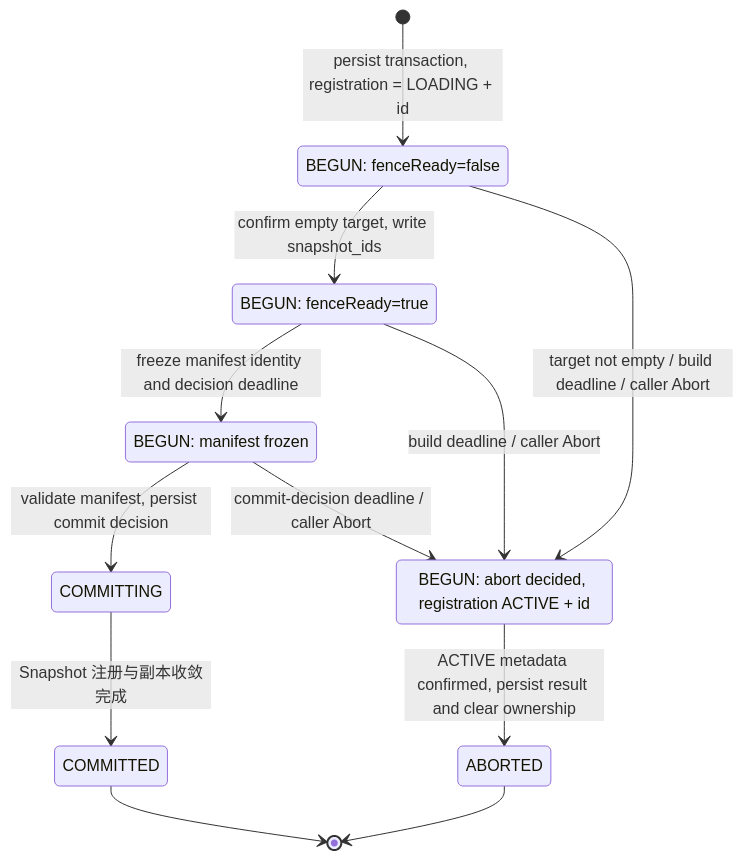
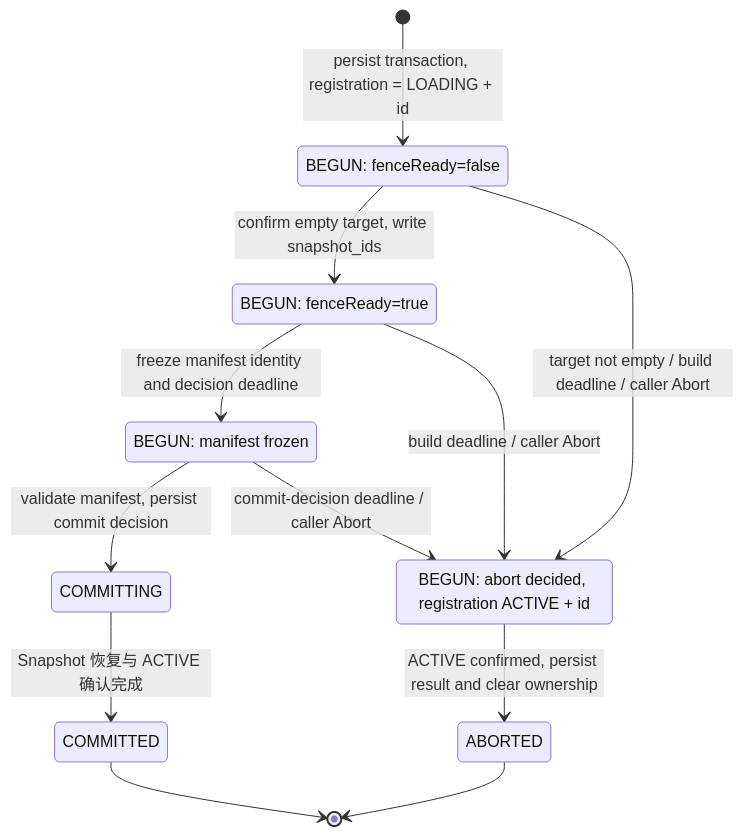
Before and after one commit to platinumhamburg/fluss: the fourth of 4 diagrams in docs/design/primary-key-table-bulk-load-design.md, drawn with Mermaid. The commit also changed other lines of this file and 24 other files, not shown here.

````diff
--- a/docs/design/primary-key-table-bulk-load-design.md
+++ b/docs/design/primary-key-table-bulk-load-design.md
@@ -393,19 +393,19 @@
 ```mermaid
 stateDiagram-v2
     state "BEGUN: fenceReady=false" as BegunFencing
     state "BEGUN: fenceReady=true" as BegunReady
     state "BEGUN: manifest frozen" as BegunManifest
     state "BEGUN: abort decided, registration ACTIVE + id" as Aborting
 
     [*] --> BegunFencing: persist transaction, registration = LOADING + id
     BegunFencing --> BegunReady: confirm empty target, write snapshot_ids
     BegunReady --> BegunManifest: freeze manifest identity and decision deadline
     BegunManifest --> COMMITTING: validate manifest, persist commit decision
     BegunFencing --> Aborting: target not empty / build deadline / caller Abort
     BegunReady --> Aborting: build deadline / caller Abort
     BegunManifest --> Aborting: commit-decision deadline / caller Abort
-    Aborting --> ABORTED: ACTIVE metadata confirmed, persist result and clear ownership
-    COMMITTING --> COMMITTED: Snapshot 注册与副本收敛完成
+    Aborting --> ABORTED: ACTIVE confirmed, persist result and clear ownership
+    COMMITTING --> COMMITTED: Snapshot 恢复与 ACTIVE 确认完成
     COMMITTED --> [*]
     ABORTED --> [*]
 ```
````
